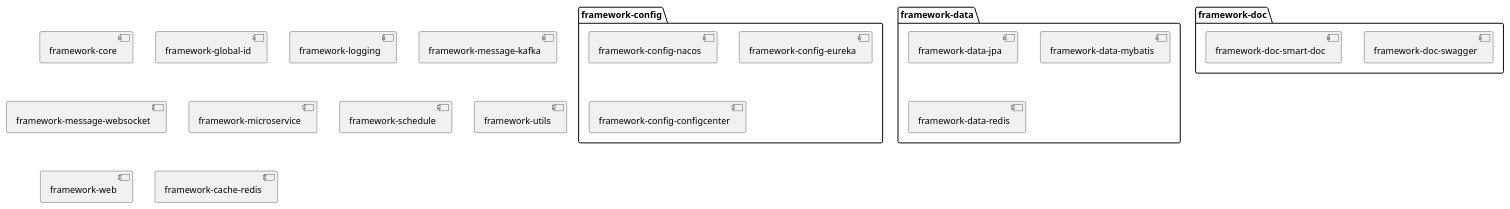
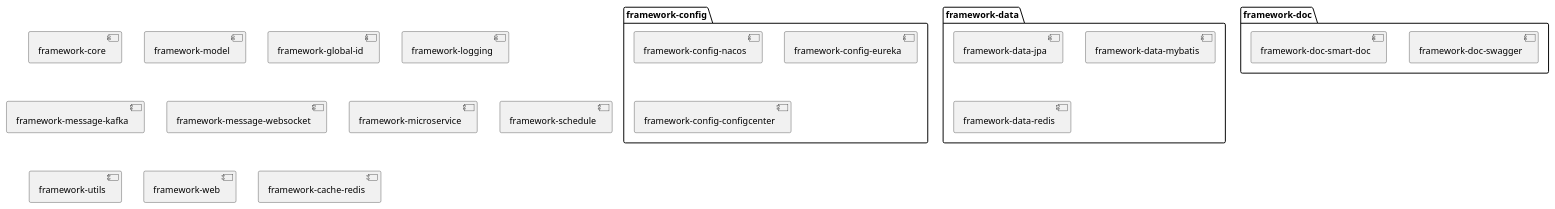
Before and after one commit to caijh/framework: the diagram in puml/framework.component.puml, drawn with PlantUML. The commit also changed 14 other files, not shown here.

```diff
--- a/puml/framework.component.puml
+++ b/puml/framework.component.puml
@@ -1,30 +1,31 @@
 @startuml
 'https://plantuml.com/component-diagram
 
 [framework-core]
+[framework-model]
 
 package "framework-config" {
   [framework-config-nacos]
   [framework-config-eureka]
   [framework-config-configcenter]
 }
 
 package framework-data {
   [framework-data-jpa]
   [framework-data-mybatis]
   [framework-data-redis]
 }
 package framework-doc {
   [framework-doc-swagger]
   [framework-doc-smart-doc]
 }
 [framework-global-id]
 [framework-logging]
 [framework-message-kafka]
 [framework-message-websocket]
 [framework-microservice]
 [framework-schedule]
 [framework-utils]
 [framework-web]
 [framework-cache-redis]
 @enduml
```
